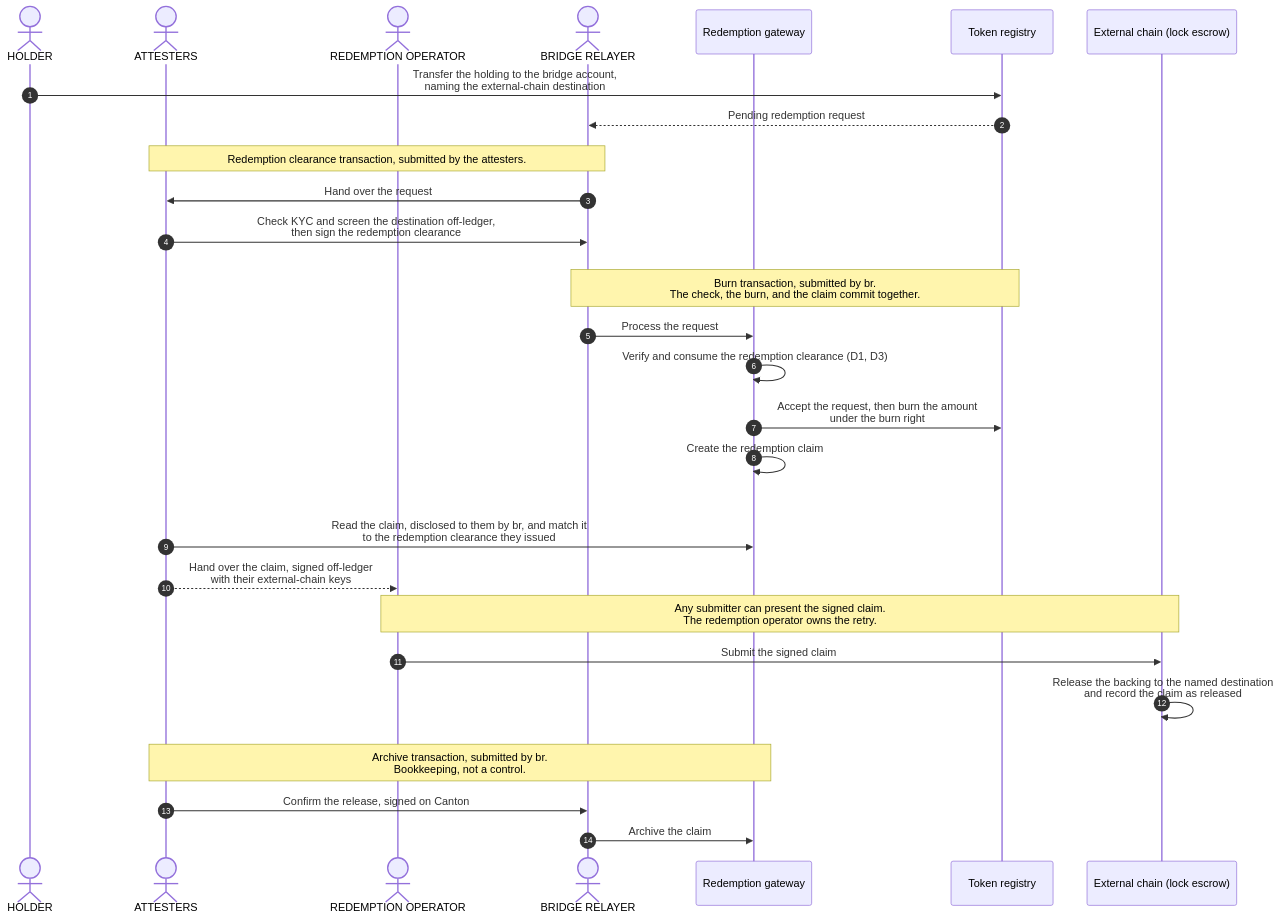
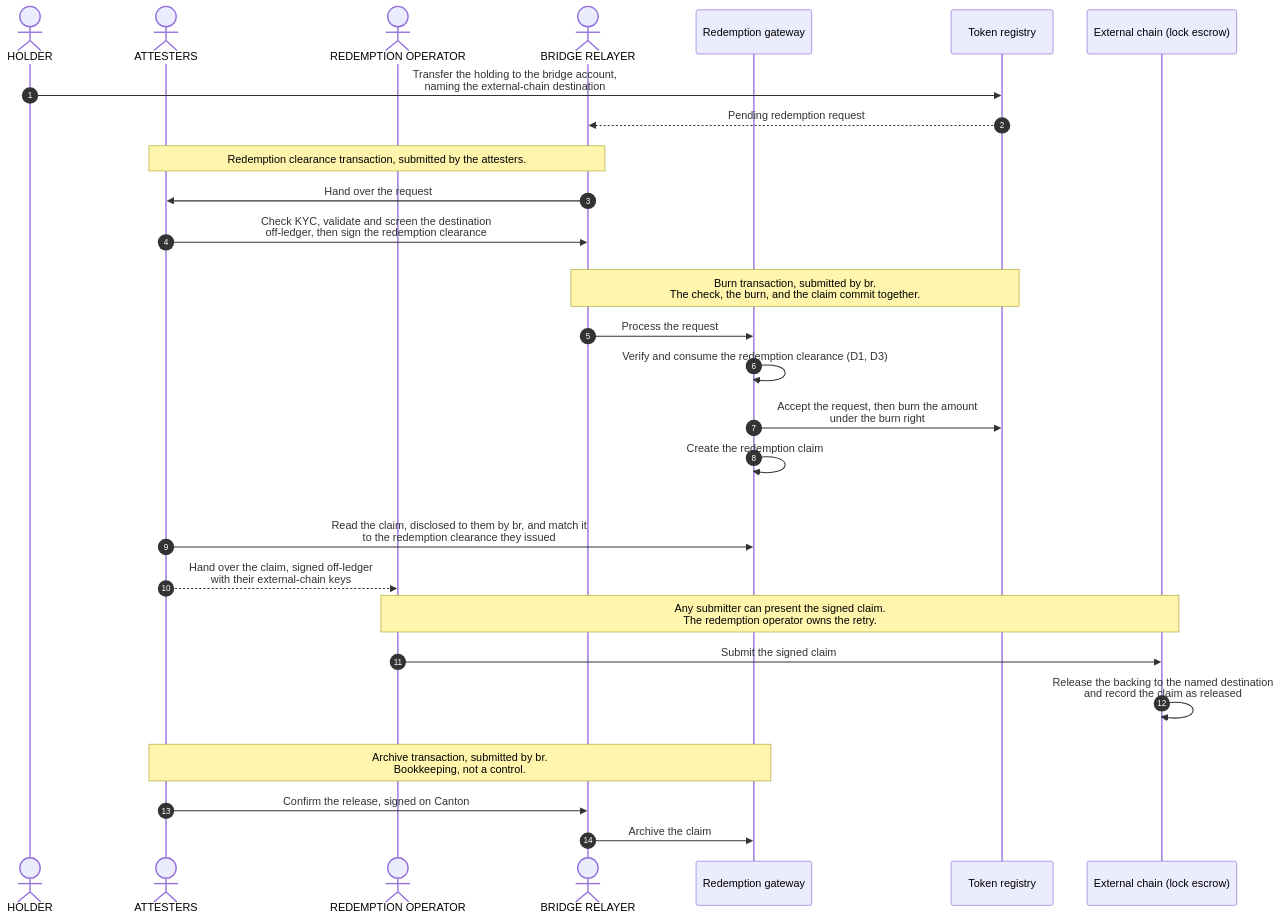
Before and after one commit to OpenZeppelin/canton-specs: the third of 3 diagrams in docs/reference-architectures/cross-chain-stablecoin.md, drawn with Mermaid. The commit also changed other lines of this file, not shown here.

Commit message:
attesters check destination address on ext. chain before attesting

````diff
--- a/docs/reference-architectures/cross-chain-stablecoin.md
+++ b/docs/reference-architectures/cross-chain-stablecoin.md
@@ -744,36 +744,36 @@
 ```mermaid
 sequenceDiagram
     autonumber
     actor Holder as HOLDER
     actor Attesters as ATTESTERS
     actor Operator as REDEMPTION OPERATOR
     actor Relayer as BRIDGE RELAYER
     participant Redeem as Redemption gateway
     participant Registry as Token registry
     participant Chain as External chain (lock escrow)
 
     Holder->>Registry: Transfer the holding to the bridge account,<br/>naming the external-chain destination
     Registry-->>Relayer: Pending redemption request
     rect rgba(255, 255, 255, .1)
         Note over Attesters,Relayer: Redemption clearance transaction, submitted by the attesters.
         Relayer->>Attesters: Hand over the request
-        Attesters->>Relayer: Check KYC and screen the destination off-ledger,<br/>then sign the redemption clearance
+        Attesters->>Relayer: Check KYC, validate and screen the destination<br/>off-ledger, then sign the redemption clearance
     end
     rect rgba(255, 255, 255, .1)
         Note over Relayer,Registry: Burn transaction, submitted by br.<br/>The check, the burn, and the claim commit together.
         Relayer->>Redeem: Process the request
         Redeem->>Redeem: Verify and consume the redemption clearance (D1, D3)
         Redeem->>Registry: Accept the request, then burn the amount<br/>under the burn right
         Redeem->>Redeem: Create the redemption claim
     end
     Attesters->>Redeem: Read the claim, disclosed to them by br, and match it<br/>to the redemption clearance they issued
     Attesters-->>Operator: Hand over the claim, signed off-ledger<br/>with their external-chain keys
     Note over Operator,Chain: Any submitter can present the signed claim.<br/>The redemption operator owns the retry.
     Operator->>Chain: Submit the signed claim
     Chain->>Chain: Release the backing to the named destination<br/>and record the claim as released
     rect rgba(255, 255, 255, .1)
         Note over Attesters,Redeem: Archive transaction, submitted by br.<br/>Bookkeeping, not a control.
         Attesters->>Relayer: Confirm the release, signed on Canton
         Relayer->>Redeem: Archive the claim
     end
 ```
````
